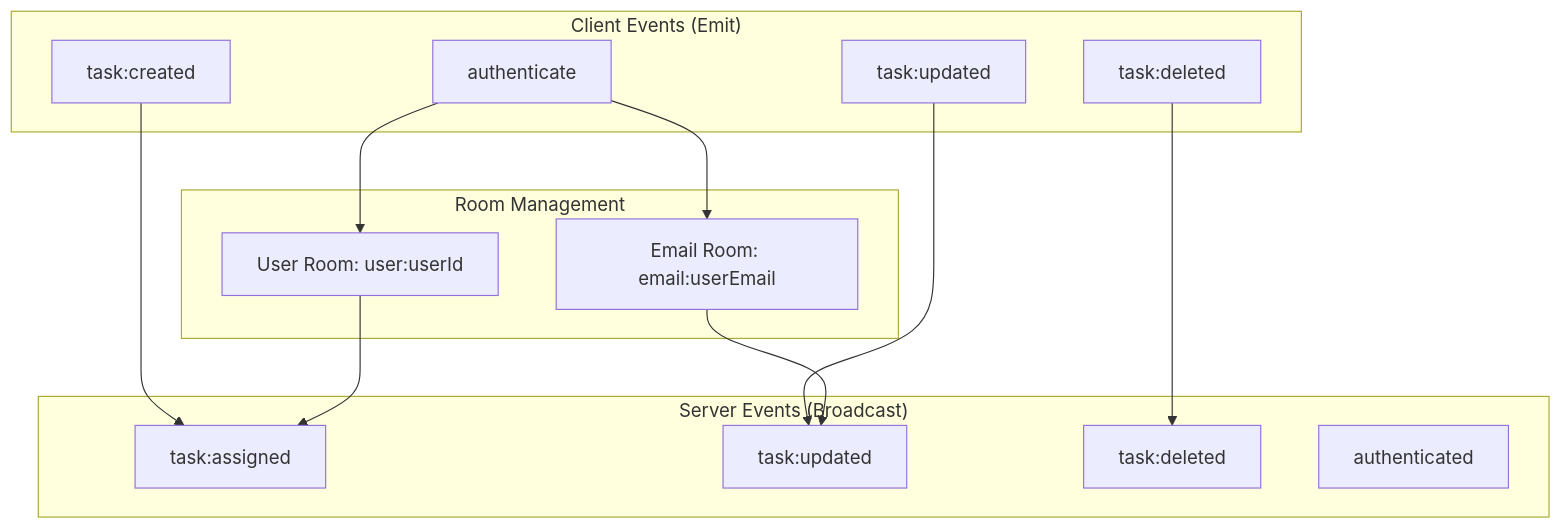
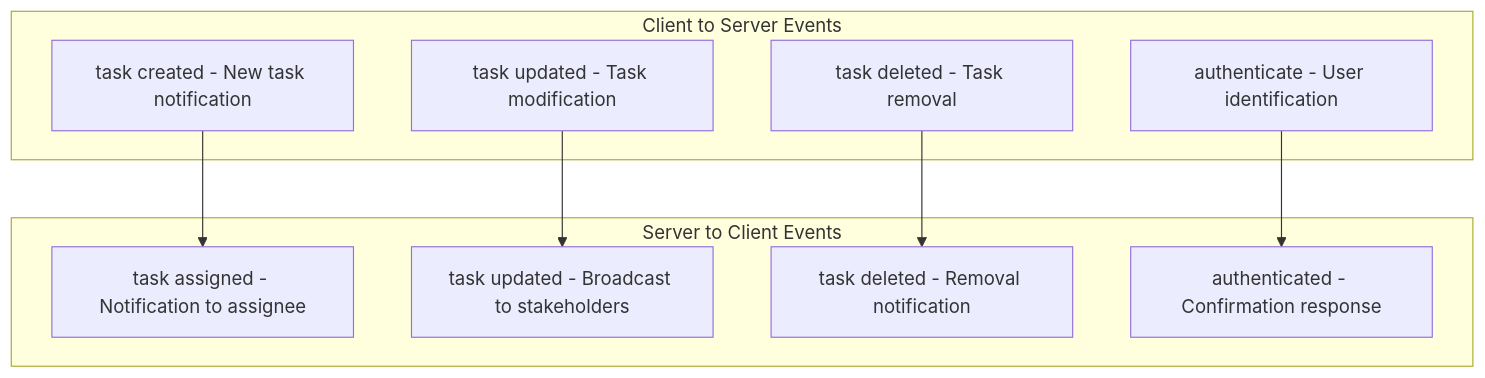
One commit to anshsharmacse/Real-time-Collaborative-Task-Manager changed the tenth of 24 diagrams in README.md. Above: the diagram before and after it, drawn with Mermaid. The commit also changed other lines of this file, not shown here.

````diff
--- a/README.md
+++ b/README.md
@@ -516,29 +421,21 @@
 ```mermaid
 flowchart TD
-    subgraph "Client Events (Emit)"
-        CE1[task:created]
-        CE2[task:updated]
-        CE3[task:deleted]
-        CE4[authenticate]
+    subgraph Client to Server Events
+        C1[task created - New task notification]
+        C2[task updated - Task modification]
+        C3[task deleted - Task removal]
+        C4[authenticate - User identification]
     end
     
-    subgraph "Server Events (Broadcast)"
-        SE1[task:assigned]
-        SE2[task:updated]
-        SE3[task:deleted]
-        SE4[authenticated]
+    subgraph Server to Client Events
+        S1[task assigned - Notification to assignee]
+        S2[task updated - Broadcast to stakeholders]
+        S3[task deleted - Removal notification]
+        S4[authenticated - Confirmation response]
     end
     
-    subgraph "Room Management"
-        RM1[User Room: user:userId]
-        RM2[Email Room: email:userEmail]
-    end
-    
-    CE1 --> SE1
-    CE2 --> SE2
-    CE3 --> SE3
-    CE4 --> RM1
-    CE4 --> RM2
-    RM1 --> SE1
-    RM2 --> SE2
+    C1 --> S1
+    C2 --> S2
+    C3 --> S3
+    C4 --> S4
 ```
````
